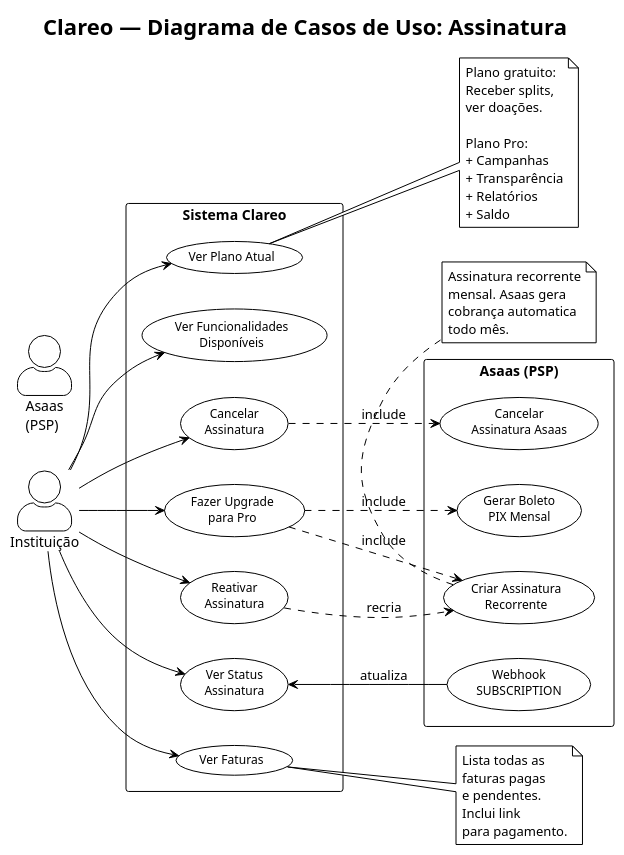
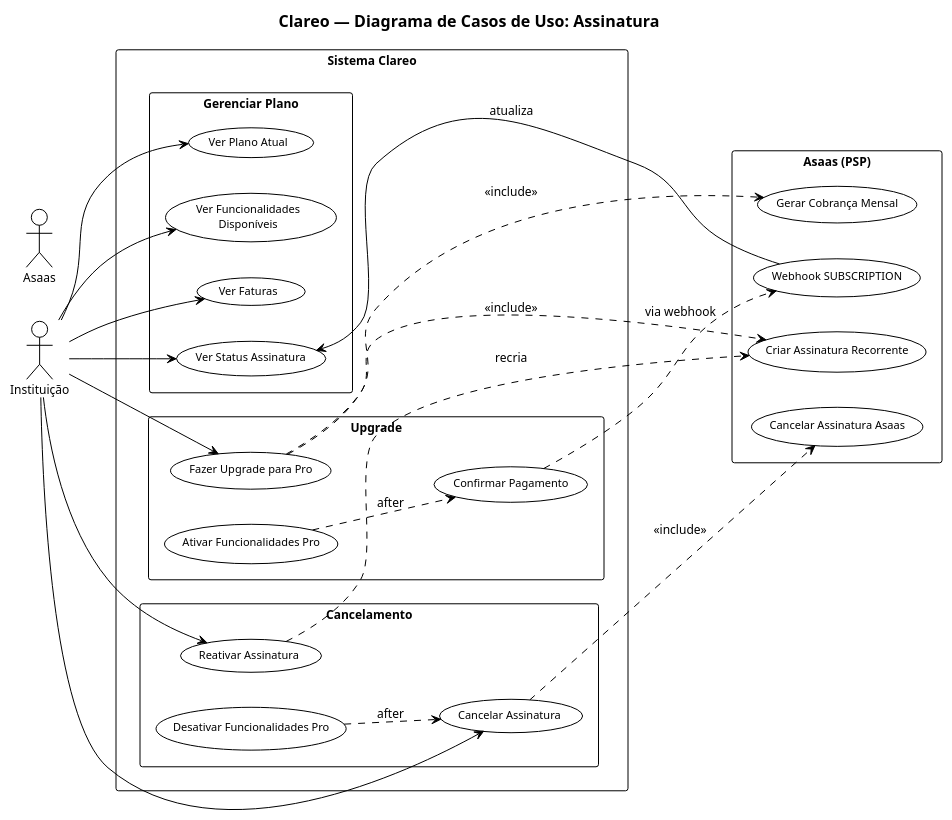
One commit to GabrielHR0/clareo-api changed the diagram in doc/asaas/diagramas/09-ASSINATURA.puml. Above: the diagram before and after it, drawn with PlantUML. The commit also changed 8 other files, not shown here.

Commit message:
docs: reorganizar diagramas PlantUML - bonequinhos de palito, packages, layout limpo

```diff
--- a/doc/asaas/diagramas/09-ASSINATURA.puml
+++ b/doc/asaas/diagramas/09-ASSINATURA.puml
@@ -1,73 +1,70 @@
 @startuml Clareo - Assinatura
 !theme plain
-left to right direction
-skinparam actorStyle awesome
+skinparam defaultFontName Arial
+skinparam defaultFontSize 12
+skinparam packageFontSize 13
 skinparam packageStyle rectangle
-skinparam packageFontSize 14
-skinparam usecaseFontSize 12
-skinparam defaultFontName Arial
+skinparam useCaseFontSize 11
+skinparam actorFontSize 12
+skinparam titleFontSize 16
+skinparam titleFontStyle bold
 
 title Clareo — Diagrama de Casos de Uso: Assinatura
 
+left to right direction
+
+' ===== Atores =====
 actor "Instituição" as Institution
-actor "Asaas\n(PSP)" as Asaas
+actor "Asaas" as Asaas
 
+' ===== Sistema =====
 rectangle "Sistema Clareo" {
-  usecase "Ver Plano Atual" as UC1
-  usecase "Ver Funcionalidades\nDisponíveis" as UC2
-  usecase "Fazer Upgrade\npara Pro" as UC3
-  usecase "Cancelar\nAssinatura" as UC4
-  usecase "Ver Faturas" as UC5
-  usecase "Ver Status\nAssinatura" as UC6
-  usecase "Reativar\nAssinatura" as UC7
+
+  package "Gerenciar Plano" {
+    usecase "Ver Plano Atual" as UC1
+    usecase "Ver Funcionalidades\nDisponíveis" as UC2
+    usecase "Ver Faturas" as UC3
+    usecase "Ver Status Assinatura" as UC4
+  }
+
+  package "Upgrade" {
+    usecase "Fazer Upgrade para Pro" as UC5
+    usecase "Confirmar Pagamento" as UC6
+    usecase "Ativar Funcionalidades Pro" as UC7
+  }
+
+  package "Cancelamento" {
+    usecase "Cancelar Assinatura" as UC8
+    usecase "Desativar Funcionalidades Pro" as UC9
+    usecase "Reativar Assinatura" as UC10
+  }
 }
 
+' ===== Asaas =====
 rectangle "Asaas (PSP)" {
-  usecase "Criar Assinatura\nRecorrente" as UC_A1
-  usecase "Gerar Boleto\nPIX Mensal" as UC_A2
-  usecase "Webhook\nSUBSCRIPTION" as UC_A3
-  usecase "Cancelar\nAssinatura Asaas" as UC_A4
+  usecase "Criar Assinatura Recorrente" as UC_A1
+  usecase "Gerar Cobrança Mensal" as UC_A2
+  usecase "Cancelar Assinatura Asaas" as UC_A3
+  usecase "Webhook SUBSCRIPTION" as UC_A4
 }
 
+' ===== Conexões =====
 Institution --> UC1
 Institution --> UC2
 Institution --> UC3
 Institution --> UC4
 Institution --> UC5
-Institution --> UC6
-Institution --> UC7
+Institution --> UC8
+Institution --> UC10
 
-UC3 ..> UC_A1 : include
-UC3 ..> UC_A2 : include
-UC_A3 --> UC6 : atualiza
-UC4 ..> UC_A4 : include
-UC7 ..> UC_A1 : recria
-
-note right of UC1
-  Plano gratuito:
-  Receber splits,
-  ver doações.
-
-  Plano Pro:
-  + Campanhas
-  + Transparência
-  + Relatórios
-  + Saldo
-end note
-
-note bottom of UC_A1
-  Assinatura recorrente
-  mensal. Asaas gera
-  cobrança automatica
-  todo mês.
-end note
-
-note right of UC5
-  Lista todas as
-  faturas pagas
-  e pendentes.
-  Inclui link
-  para pagamento.
-end note
+' ===== Relacionamentos =====
+UC5 ..> UC_A1 : <<include>>
+UC5 ..> UC_A2 : <<include>>
+UC_A4 --> UC4 : atualiza
+UC8 ..> UC_A3 : <<include>>
+UC10 ..> UC_A1 : recria
+UC6 ..> UC_A4 : via webhook
+UC7 ..> UC6 : after
+UC9 ..> UC8 : after
 
 @enduml
```
